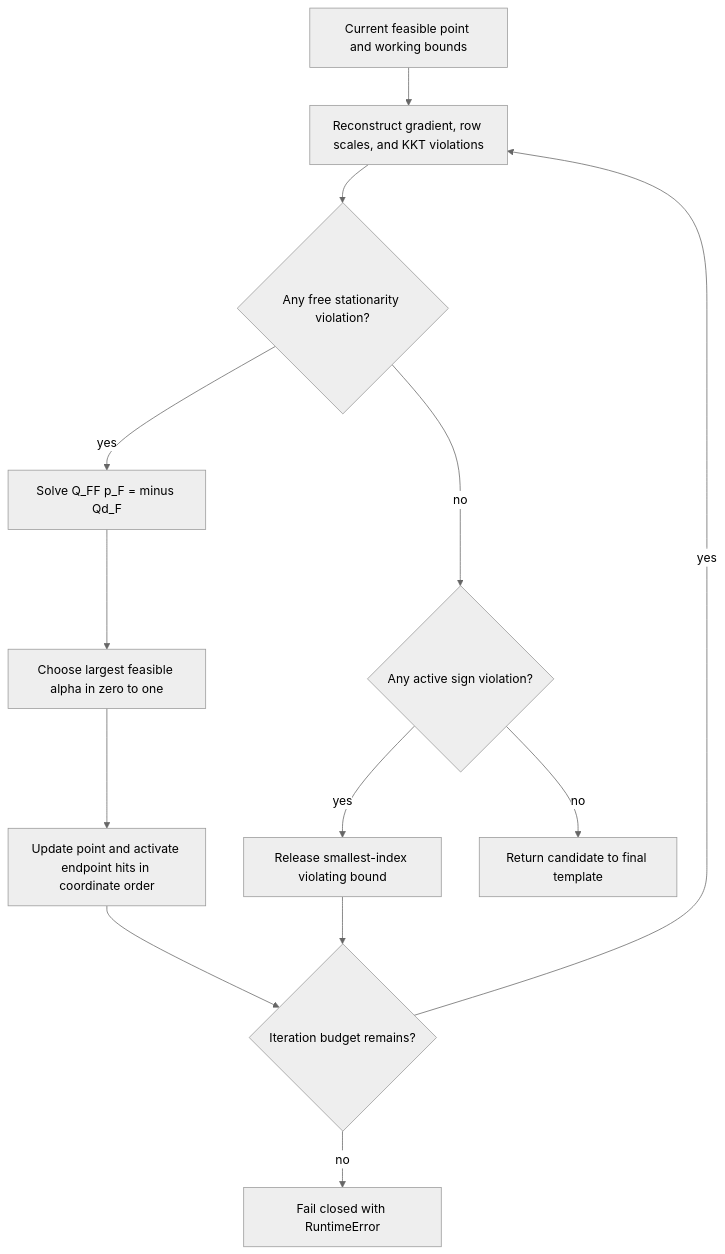
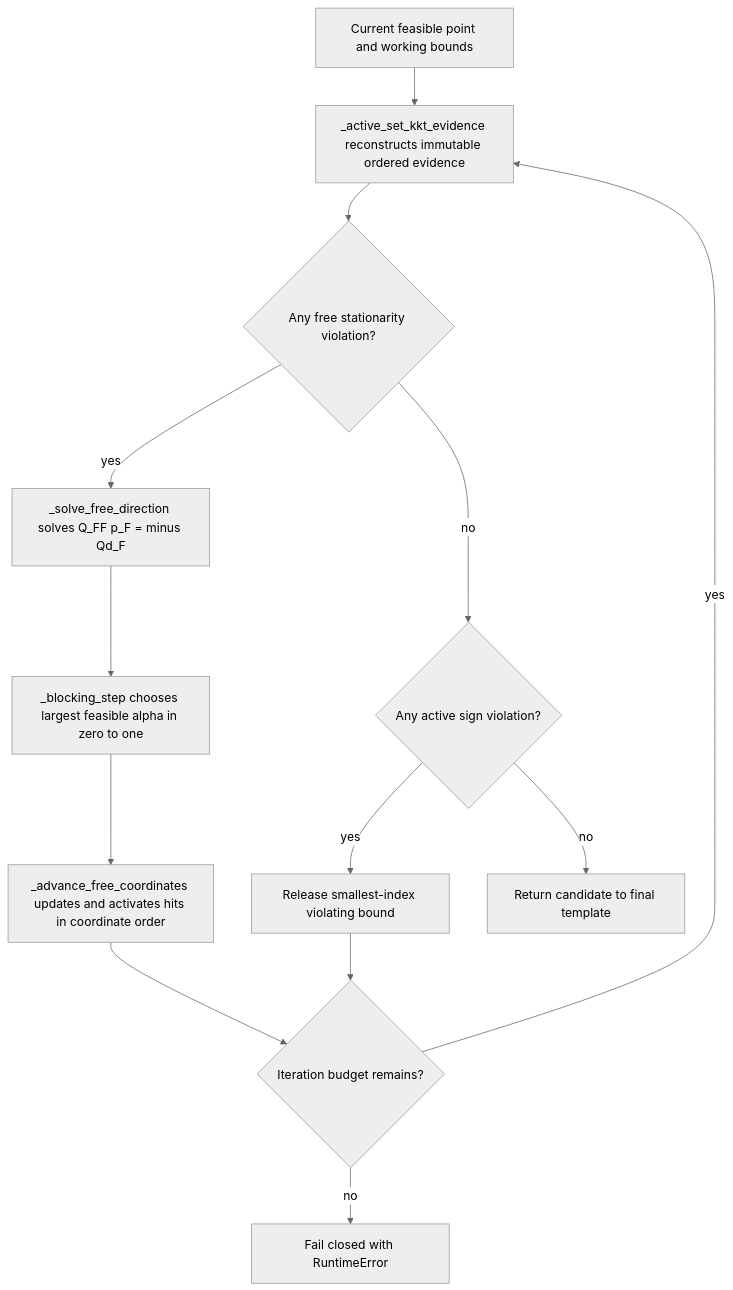
The third of 3 diagrams in docs/architecture/projectkoios/optimization/quadratic/box/schematics.md (eragasa/projectkoios-optimization), drawn with Mermaid (neutral theme) before and after one commit. The commit also changed 8 other files, not shown here.

````diff
--- a/docs/architecture/projectkoios/optimization/quadratic/box/schematics.md
+++ b/docs/architecture/projectkoios/optimization/quadratic/box/schematics.md
@@ -44,15 +44,15 @@
 ```mermaid
 flowchart TD
-    S[Current feasible point and working bounds] --> K[Reconstruct gradient, row scales, and KKT violations]
+    S[Current feasible point and working bounds] --> K[_active_set_kkt_evidence reconstructs immutable ordered evidence]
     K --> F{Any free stationarity violation?}
-    F -- yes --> L[Solve Q_FF p_F = minus Qd_F]
-    L --> A[Choose largest feasible alpha in zero to one]
-    A --> H[Update point and activate endpoint hits in coordinate order]
+    F -- yes --> L[_solve_free_direction solves Q_FF p_F = minus Qd_F]
+    L --> A[_blocking_step chooses largest feasible alpha in zero to one]
+    A --> H[_advance_free_coordinates updates and activates hits in coordinate order]
     F -- no --> V{Any active sign violation?}
     V -- yes --> R[Release smallest-index violating bound]
     V -- no --> O[Return candidate to final template]
     H --> N{Iteration budget remains?}
     R --> N
     N -- yes --> K
     N -- no --> X[Fail closed with RuntimeError]
 ```
````
